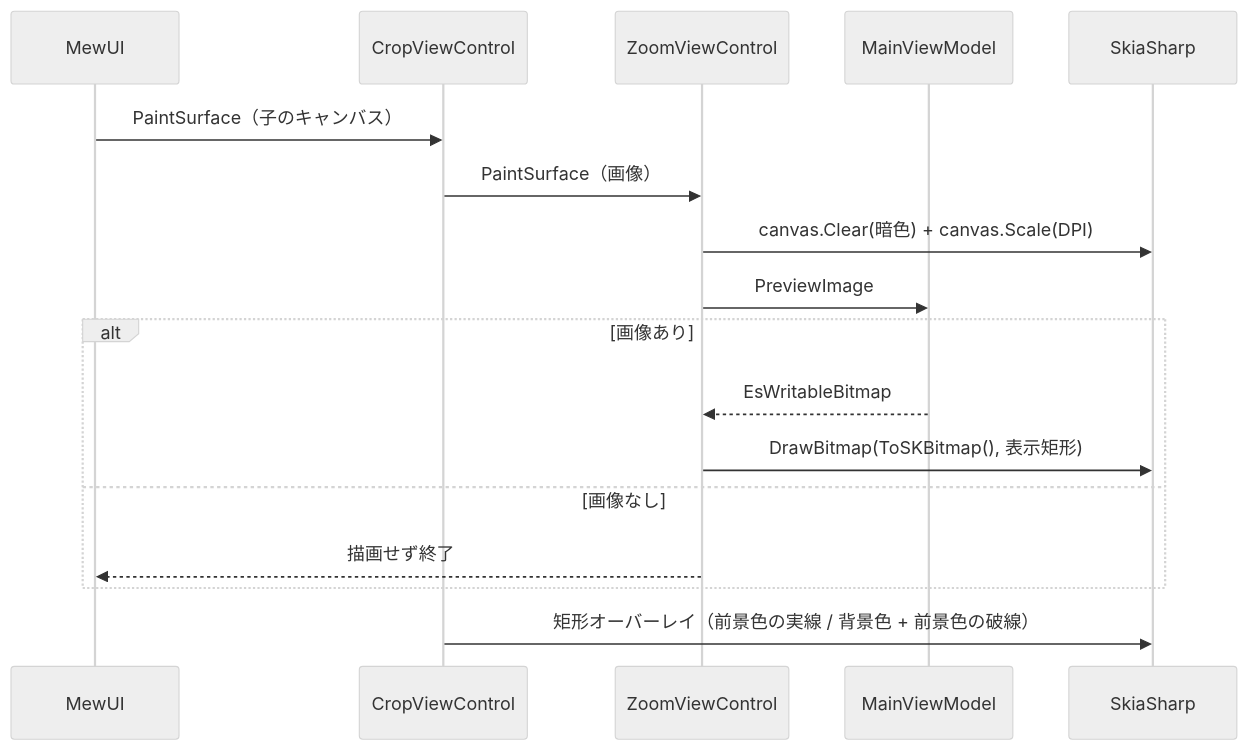
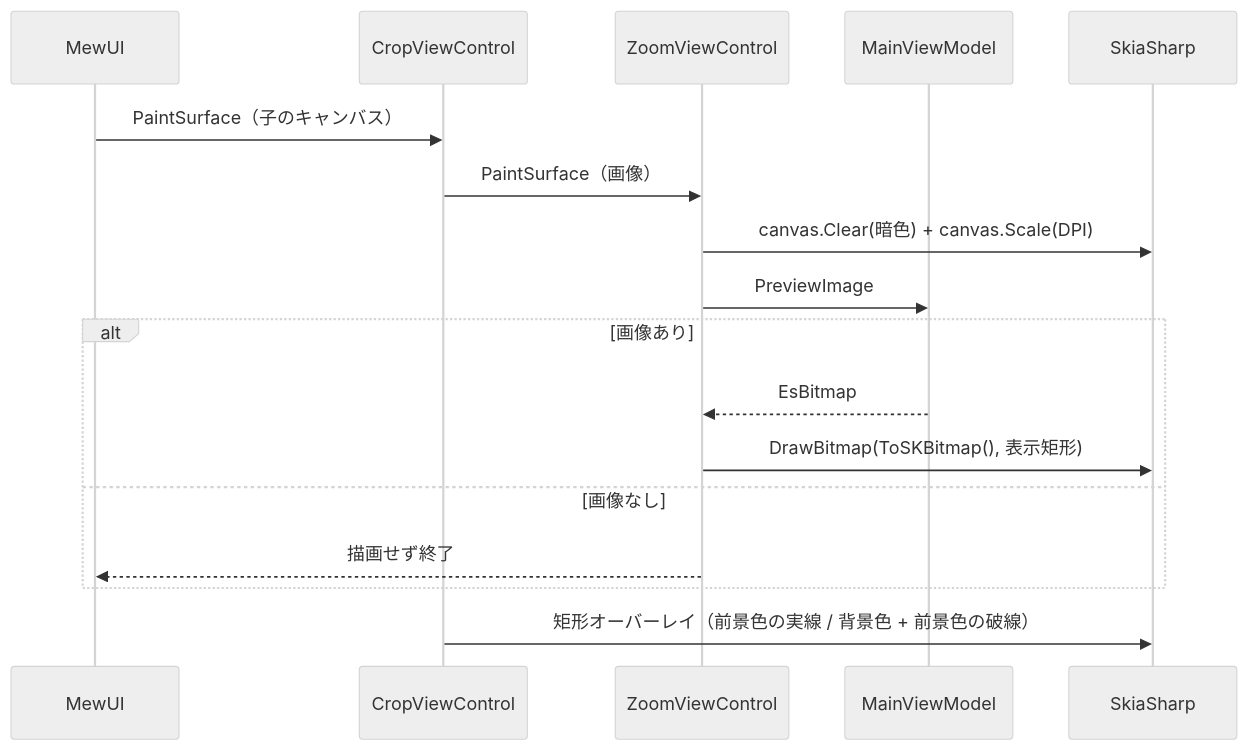
Before and after one commit to tomokuni/SaveEvidence: diagram 11 of 12 in src/App.MewUI/docs/SPEC_System.md, drawn with Mermaid (neutral theme). The commit also changed other lines of this file and 41 other files, not shown here.

````diff
--- a/src/App.MewUI/docs/SPEC_System.md
+++ b/src/App.MewUI/docs/SPEC_System.md
@@ -570,20 +570,20 @@
 ```mermaid
 sequenceDiagram
     participant MW as MewUI
     participant CV as CropViewControl
     participant ZV as ZoomViewControl
     participant VM as MainViewModel
     participant SK as SkiaSharp
 
     MW->>CV: PaintSurface（子のキャンバス）
     CV->>ZV: PaintSurface（画像）
     ZV->>SK: canvas.Clear(暗色) + canvas.Scale(DPI)
     ZV->>VM: PreviewImage
     alt 画像あり
-        VM-->>ZV: EsWritableBitmap
+        VM-->>ZV: EsBitmap
         ZV->>SK: DrawBitmap(ToSKBitmap(), 表示矩形)
     else 画像なし
         ZV-->>MW: 描画せず終了
     end
     CV->>SK: 矩形オーバーレイ（前景色の実線 / 背景色 + 前景色の破線）
 ```
````
